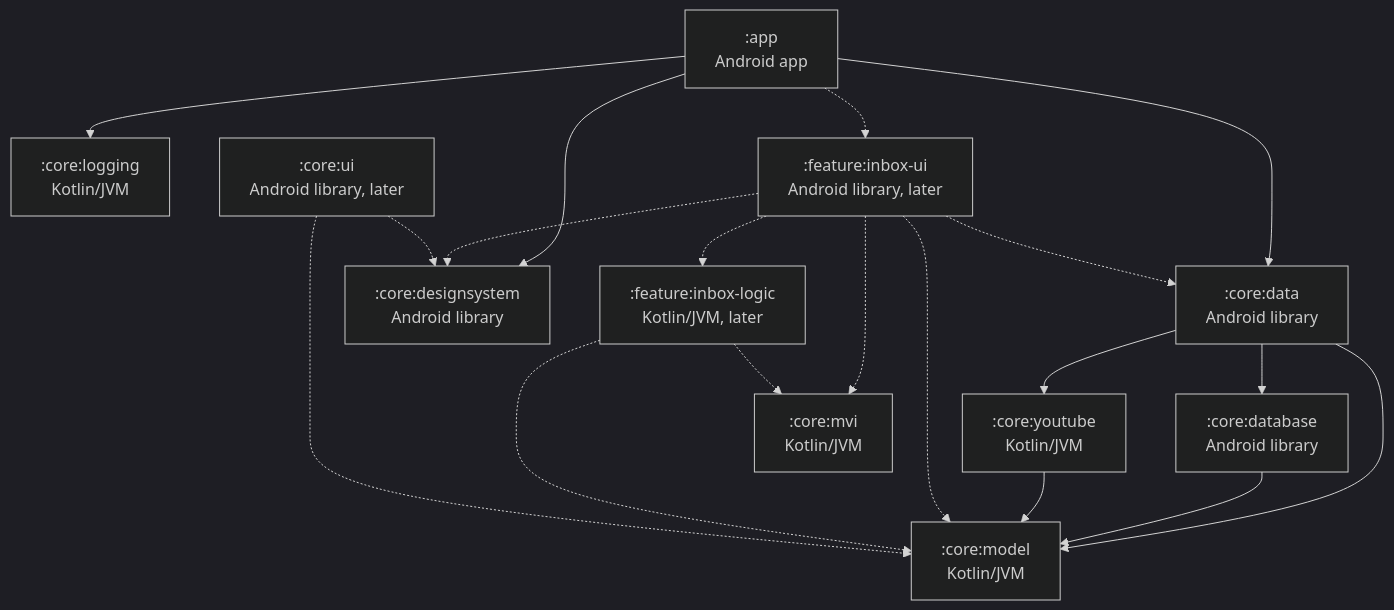
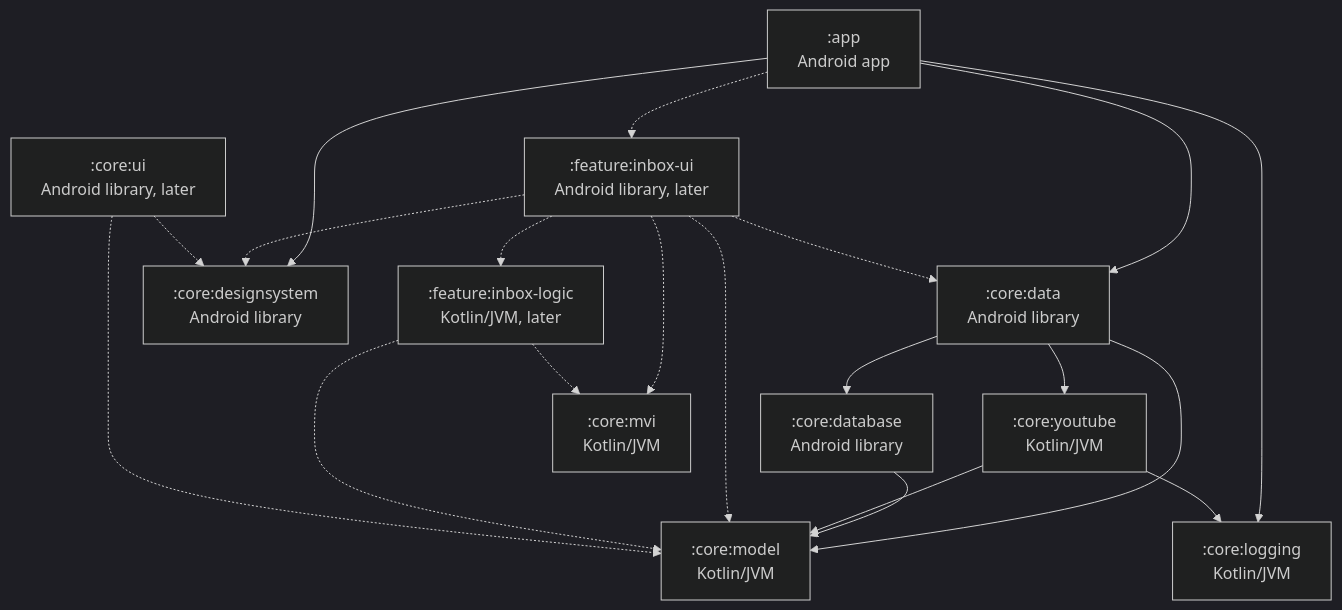
One commit to dewfallapp/dewfall changed the first of 3 diagrams in docs/architecture.md. Above: the diagram before and after it, drawn with Mermaid (dark theme). The commit also changed other lines of this file and 3 other files, not shown here.

````diff
--- a/docs/architecture.md
+++ b/docs/architecture.md
@@ -16,34 +16,35 @@
 ```mermaid
 graph TD
     app[":app<br/>Android app"]
     data[":core:data<br/>Android library"]
     database[":core:database<br/>Android library"]
     designsystem[":core:designsystem<br/>Android library"]
     youtube[":core:youtube<br/>Kotlin/JVM"]
     logging[":core:logging<br/>Kotlin/JVM"]
     model[":core:model<br/>Kotlin/JVM"]
     mvi[":core:mvi<br/>Kotlin/JVM"]
     coreUi[":core:ui<br/>Android library, later"]
     inboxUi[":feature:inbox-ui<br/>Android library, later"]
     inboxLogic[":feature:inbox-logic<br/>Kotlin/JVM, later"]
 
     app --> data
     app --> designsystem
     app --> logging
     data --> database
     data --> youtube
     data --> model
     database --> model
     youtube --> model
+    youtube --> logging
 
     app -.-> inboxUi
     inboxUi -.-> inboxLogic
     inboxUi -.-> data
     inboxUi -.-> designsystem
     inboxUi -.-> mvi
     inboxUi -.-> model
     inboxLogic -.-> mvi
     inboxLogic -.-> model
     coreUi -.-> designsystem
     coreUi -.-> model
 ```
````
